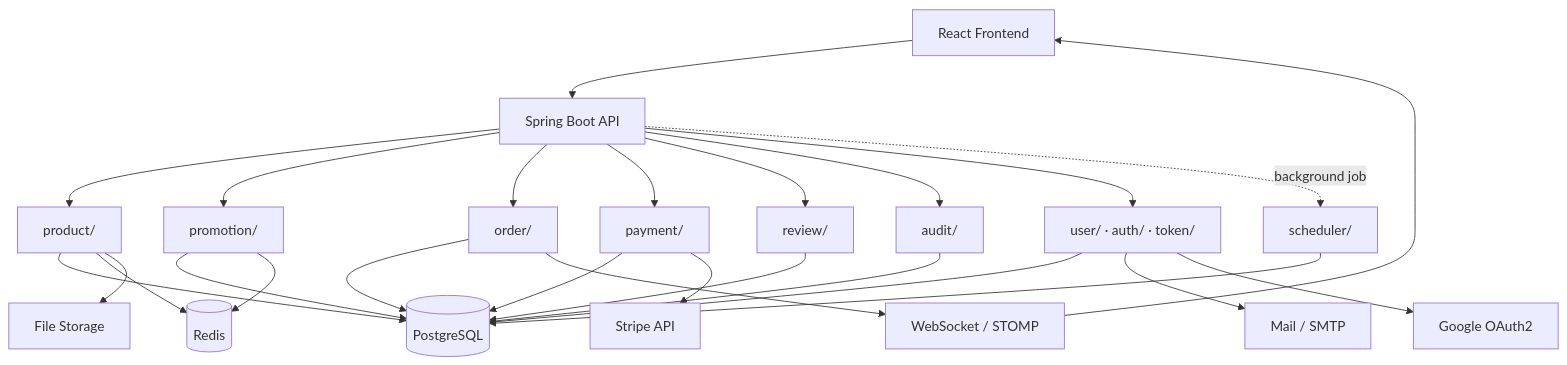
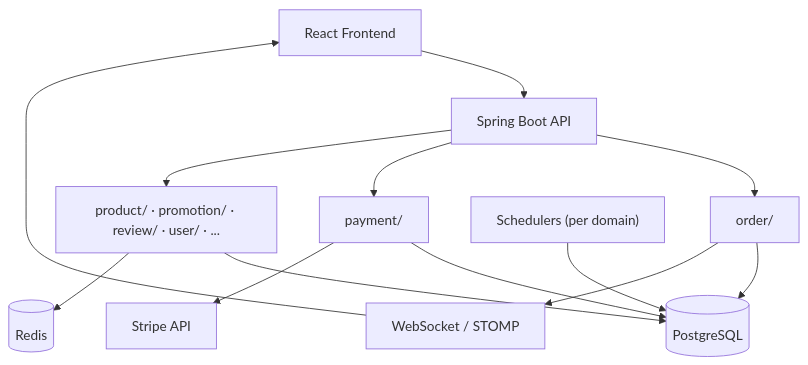
Before and after one commit to AntonBas/sushi-shop: the diagram in README.md, drawn with Mermaid.

Commit message:
docs: expand and restructure README

````diff
--- a/README.md
+++ b/README.md
@@ -88,33 +88,21 @@
 ```mermaid
 flowchart TD
     A[React Frontend] --> B[Spring Boot API]
 
-    B --> PR["product/"]
-    B --> PM["promotion/"]
     B --> OR["order/"]
     B --> PY["payment/"]
-    B --> RV["review/"]
-    B --> AD["audit/"]
-    B --> ID["user/ · auth/ · token/"]
-    B -.background job.-> SCH["scheduler/"]
+    B --> RS["product/ · promotion/ · review/ · user/ · ..."]
 
-    PR --> DB[(PostgreSQL)]
-    PM --> DB
-    OR --> DB
+    OR --> DB[(PostgreSQL)]
     PY --> DB
-    RV --> DB
-    AD --> DB
-    ID --> DB
-    SCH --> DB
+    RS --> DB
 
-    PR --> CACHE[(Redis)]
-    PM --> CACHE
+    RS --> CACHE[(Redis)]
 
-    PR --> FILE[File Storage]
-    ID --> MAIL[Mail / SMTP]
+    OR --> WS[WebSocket / STOMP]
+    WS --> A
 
-    OR --> WS[WebSocket / STOMP] --> A
+    PY --> ST[Stripe API]
 
-    PY --> STRIPE[Stripe API]
-    ID --> OAUTH[Google OAuth2]
+    S["Schedulers (per domain)"] --> DB
 ```
````
